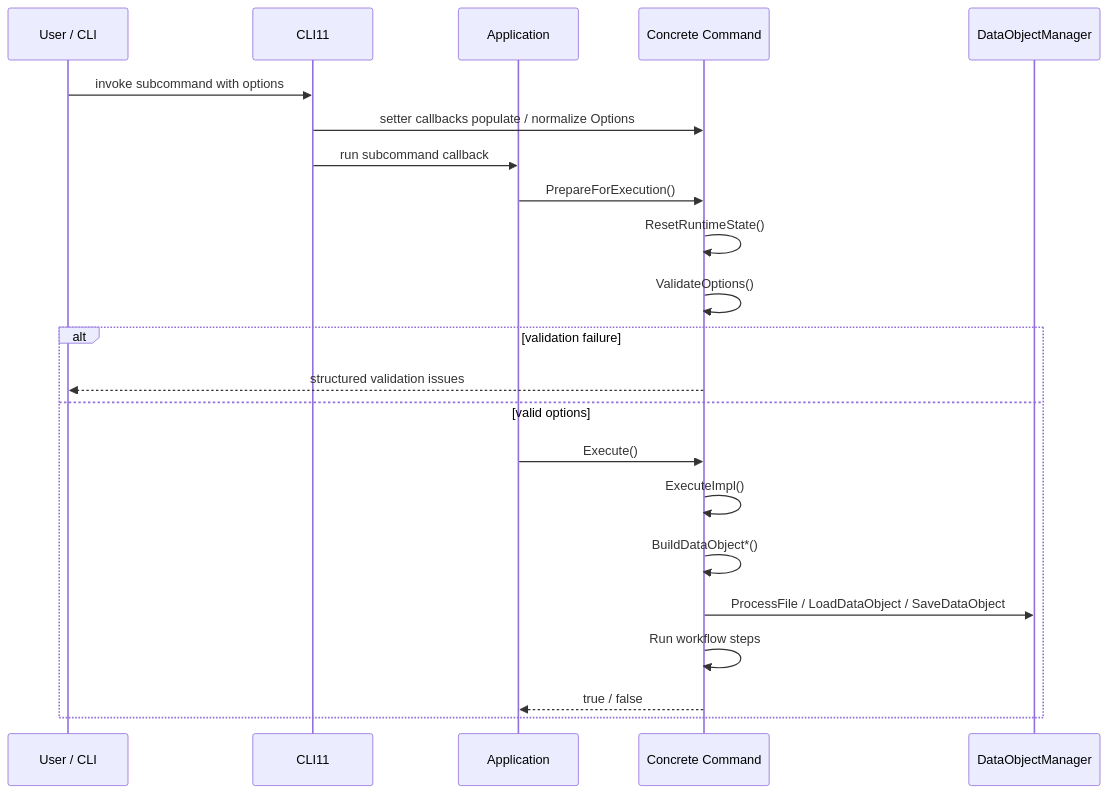
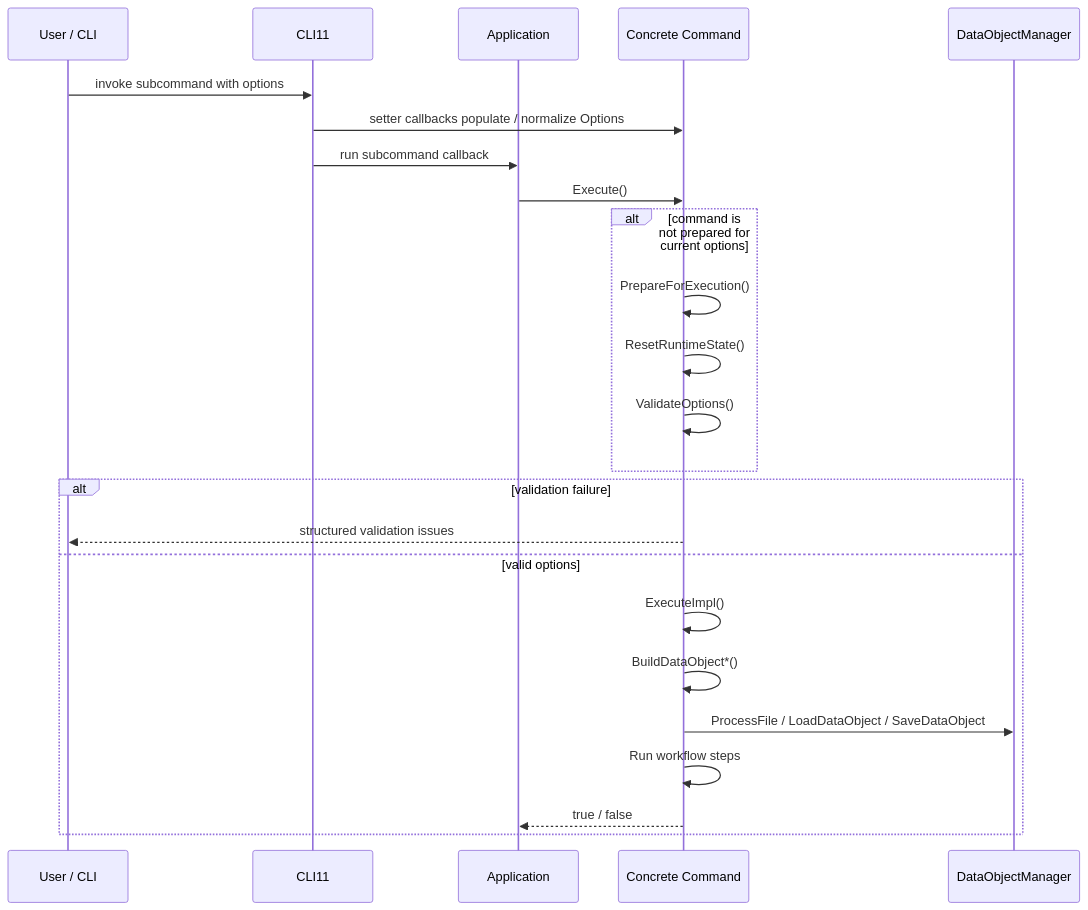
Before and after one commit to yslianTim/rhbm_gem: the second of 2 diagrams in docs/developer/architecture/command-architecture.md, drawn with Mermaid. The commit also changed other lines of this file and 36 other files, not shown here.

````diff
--- a/docs/developer/architecture/command-architecture.md
+++ b/docs/developer/architecture/command-architecture.md
@@ -147,25 +156,27 @@
 ```mermaid
 sequenceDiagram
     participant User as User / CLI
     participant CLI as CLI11
     participant App as Application
     participant Cmd as Concrete Command
     participant DM as DataObjectManager
 
     User->>CLI: invoke subcommand with options
     CLI->>Cmd: setter callbacks populate / normalize Options
     CLI->>App: run subcommand callback
-    App->>Cmd: PrepareForExecution()
-    Cmd->>Cmd: ResetRuntimeState()
-    Cmd->>Cmd: ValidateOptions()
+    App->>Cmd: Execute()
+    alt command is not prepared for current options
+        Cmd->>Cmd: PrepareForExecution()
+        Cmd->>Cmd: ResetRuntimeState()
+        Cmd->>Cmd: ValidateOptions()
+    end
     alt validation failure
         Cmd-->>User: structured validation issues
     else valid options
-        App->>Cmd: Execute()
         Cmd->>Cmd: ExecuteImpl()
         Cmd->>Cmd: BuildDataObject*()
         Cmd->>DM: ProcessFile / LoadDataObject / SaveDataObject
         Cmd->>Cmd: Run workflow steps
         Cmd-->>App: true / false
     end
 ```
````
